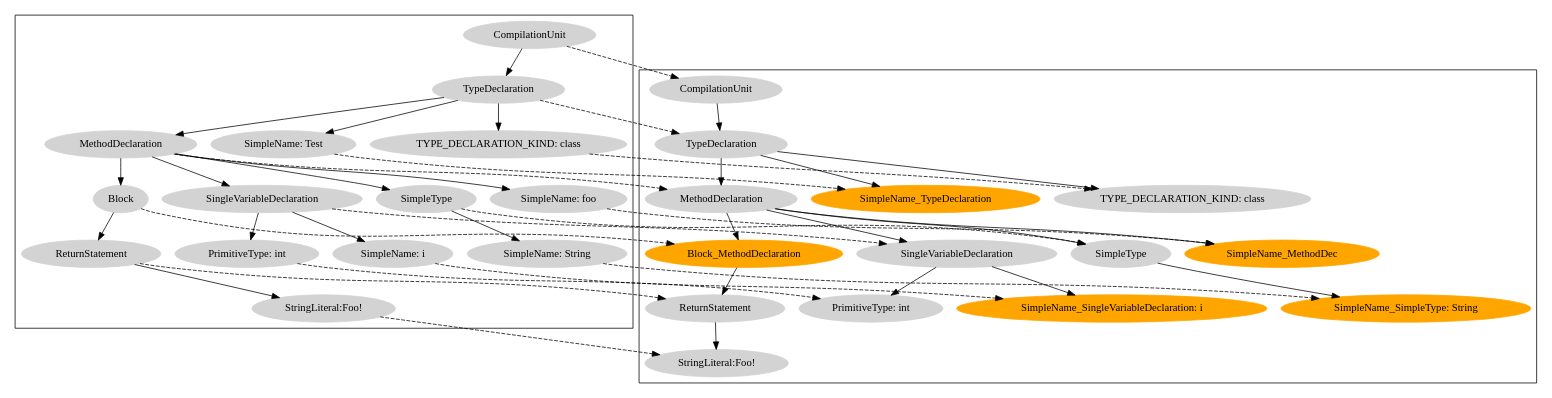
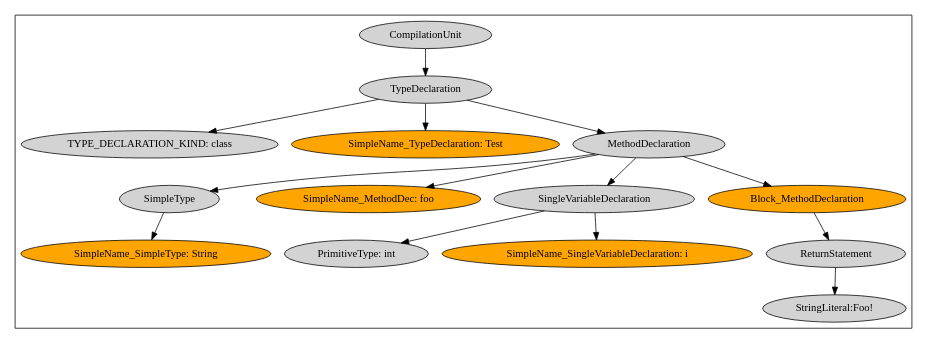
The diagram in dot/tree.dot (pouryafard75/DiffBenchmark), drawn with Graphviz before and after one commit. The commit also changed 16 other files, not shown here.

```diff
--- a/dot/tree.dot
+++ b/dot/tree.dot
@@ -1,75 +1,46 @@
 digraph G {
-	node [style=filled];
-	subgraph cluster_src {
-		n_src_13 [label="CompilationUnit", color=lightgrey];
-		n_src_12 [label="TypeDeclaration", color=lightgrey];
-		n_src_13 -> n_src_12;
-		n_src_0 [label="TYPE_DECLARATION_KIND: class", color=lightgrey];
-		n_src_12 -> n_src_0;
-		n_src_1 [label="SimpleName: Test", color=lightgrey];
-		n_src_12 -> n_src_1;
-		n_src_11 [label="MethodDeclaration", color=lightgrey];
-		n_src_12 -> n_src_11;
-		n_src_3 [label="SimpleType", color=lightgrey];
-		n_src_11 -> n_src_3;
-		n_src_2 [label="SimpleName: String", color=lightgrey];
-		n_src_3 -> n_src_2;
-		n_src_4 [label="SimpleName: foo", color=lightgrey];
-		n_src_11 -> n_src_4;
-		n_src_7 [label="SingleVariableDeclaration", color=lightgrey];
-		n_src_11 -> n_src_7;
-		n_src_5 [label="PrimitiveType: int", color=lightgrey];
-		n_src_7 -> n_src_5;
-		n_src_6 [label="SimpleName: i", color=lightgrey];
-		n_src_7 -> n_src_6;
-		n_src_10 [label="Block", color=lightgrey];
-		n_src_11 -> n_src_10;
-		n_src_9 [label="ReturnStatement", color=lightgrey];
-		n_src_10 -> n_src_9;
-		n_src_8 [label="StringLiteral:Foo!", color=lightgrey];
-		n_src_9 -> n_src_8;
+	rank = TB;
+
+	// Destination cluster (with light gray fill)
+    subgraph cluster_dst {
+	rank = same;
+	n_dst_13 [label="CompilationUnit", style=filled, fillcolor=lightgray];
+	n_dst_12 [label="TypeDeclaration", style=filled, fillcolor=lightgray];
+	n_dst_13 -> n_dst_12;
+	n_dst_0 [label="TYPE_DECLARATION_KIND: class", style=filled, fillcolor=lightgray];
+	n_dst_12 -> n_dst_0;
+
+	n_dst_1 [label="SimpleName_TypeDeclaration: Test", style=filled, fillcolor=orange];
+	n_dst_12 -> n_dst_1;
+
+	n_dst_11 [label="MethodDeclaration", style=filled, fillcolor=lightgray];
+	n_dst_12 -> n_dst_11;
+
+	n_dst_3 [label="SimpleType", style=filled, fillcolor=lightgray];
+	n_dst_11 -> n_dst_3;
+
+	n_dst_2 [label="SimpleName_SimpleType: String", style=filled, fillcolor=orange];
+	n_dst_3 -> n_dst_2;
+
+	n_dst_4 [label="SimpleName_MethodDec: foo", style=filled, fillcolor=orange];
+	n_dst_11 -> n_dst_4;
+
+	n_dst_7 [label="SingleVariableDeclaration", style=filled, fillcolor=lightgray];
+	n_dst_11 -> n_dst_7;
+
+	n_dst_5 [label="PrimitiveType: int", style=filled, fillcolor=lightgray];
+	n_dst_7 -> n_dst_5;
+
+	n_dst_6 [label="SimpleName_SingleVariableDeclaration: i", style=filled, fillcolor=orange];
+	n_dst_7 -> n_dst_6;
+
+	n_dst_10 [label="Block_MethodDeclaration", style=filled, fillcolor=orange];
+	n_dst_11 -> n_dst_10;
+
+	n_dst_9 [label="ReturnStatement", style=filled, fillcolor=lightgray];
+	n_dst_10 -> n_dst_9;
+
+	n_dst_8 [label="StringLiteral:Foo!", style=filled, fillcolor=lightgray];
+	n_dst_9 -> n_dst_8;
 	}
-	subgraph cluster_dst {
-		n_dst_13 [label="CompilationUnit", color=lightgrey];
-		n_dst_12 [label="TypeDeclaration", color=lightgrey];
-		n_dst_13 -> n_dst_12;
-		n_dst_0 [label="TYPE_DECLARATION_KIND: class", color=lightgrey];
-		n_dst_12 -> n_dst_0;
-		n_dst_1 [label="SimpleName_TypeDeclaration", color=orange];
-		n_dst_12 -> n_dst_1;
-		n_dst_11 [label="MethodDeclaration", color=lightgrey];
-		n_dst_12 -> n_dst_11;
-		n_dst_3 [label="SimpleType", color=lightgrey];
-		n_dst_11 -> n_dst_3;
-		n_dst_2 [label="SimpleName_SimpleType: String", color=orange];
-		n_dst_3 -> n_dst_2;
-		n_dst_4 [label="SimpleName_MethodDec", color=orange];
-		n_dst_11 -> n_dst_4;
-		n_dst_7 [label="SingleVariableDeclaration", color=lightgrey];
-		n_dst_11 -> n_dst_7;
-		n_dst_5 [label="PrimitiveType: int", color=lightgrey];
-		n_dst_7 -> n_dst_5;
-		n_dst_6 [label="SimpleName_SingleVariableDeclaration: i", color=orange];
-		n_dst_7 -> n_dst_6;
-		n_dst_10 [label="Block_MethodDeclaration", color=orange];
-		n_dst_11 -> n_dst_10;
-		n_dst_9 [label="ReturnStatement", color=lightgrey];
-		n_dst_10 -> n_dst_9;
-		n_dst_8 [label="StringLiteral:Foo!", color=lightgrey];
-		n_dst_9 -> n_dst_8;
-	}
-	n_src_0 -> n_dst_0 [style=dashed];
-	n_src_3 -> n_dst_3 [style=dashed];
-	n_src_11 -> n_dst_11 [style=dashed];
-	n_src_5 -> n_dst_5 [style=dashed];
-	n_src_2 -> n_dst_2 [style=dashed];
-	n_src_4 -> n_dst_4 [style=dashed];
-	n_src_10 -> n_dst_10 [style=dashed];
-	n_src_1 -> n_dst_1 [style=dashed];
-	n_src_12 -> n_dst_12 [style=dashed];
-	n_src_6 -> n_dst_6 [style=dashed];
-	n_src_8 -> n_dst_8 [style=dashed];
-	n_src_9 -> n_dst_9 [style=dashed];
-	n_src_7 -> n_dst_7 [style=dashed];
-	n_src_13 -> n_dst_13 [style=dashed];
 }
```
